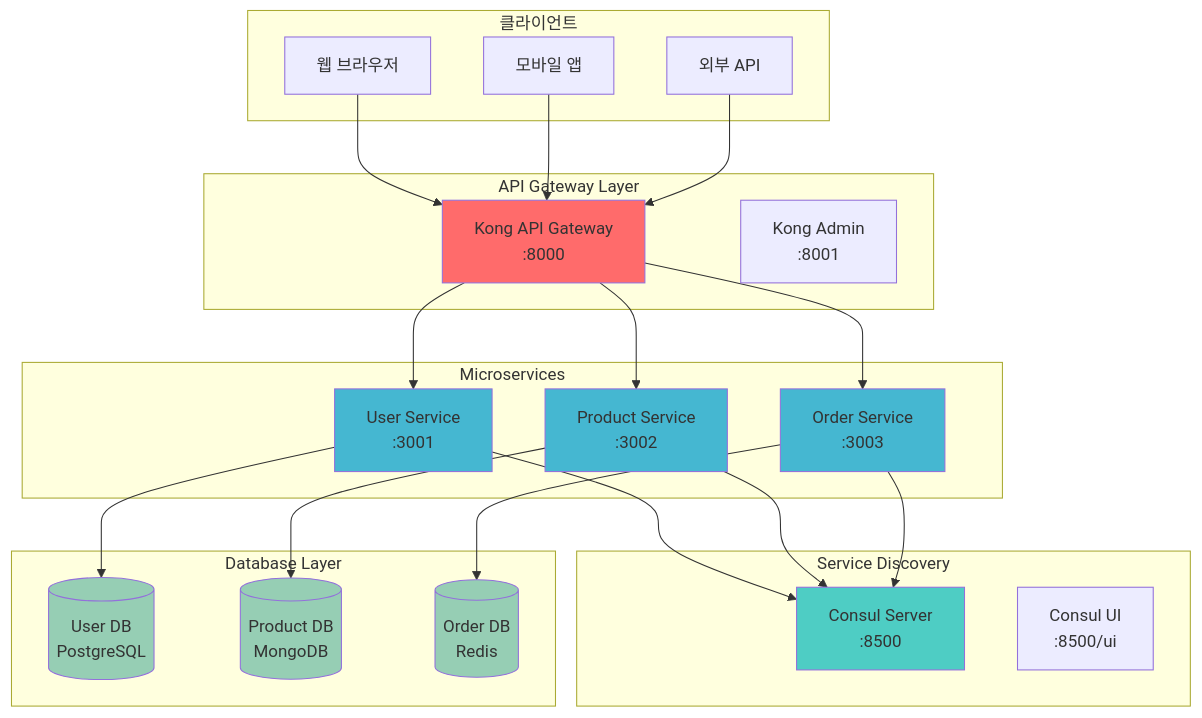
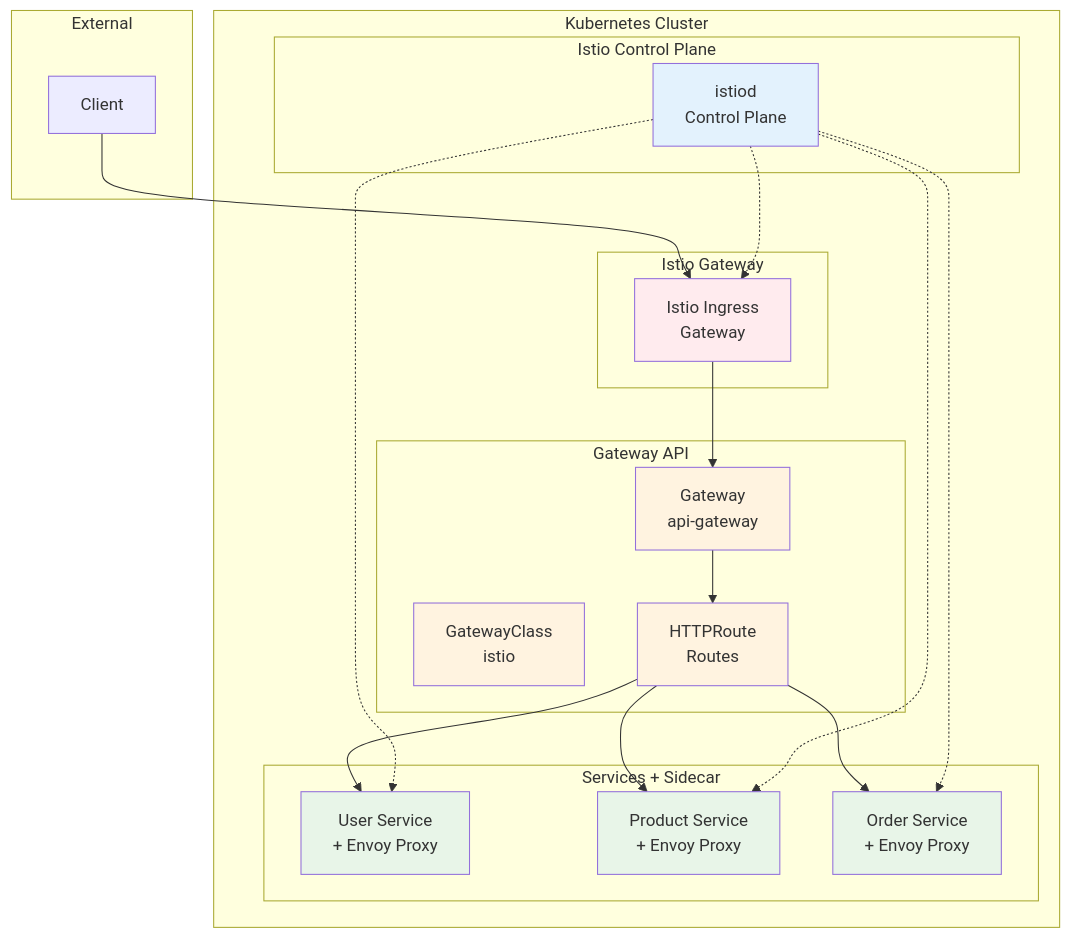
The diagram in theory/week_04/day2/lab_1.md (niceguy61/kdt_devops_lecture_2025), drawn with Mermaid before and after one commit. The commit also changed other lines of this file, not shown here.

````diff
--- a/theory/week_04/day2/lab_1.md
+++ b/theory/week_04/day2/lab_1.md
@@ -34,55 +37,49 @@
 ```mermaid
 graph TB
-    subgraph "클라이언트"
-        C1[웹 브라우저]
-        C2[모바일 앱]
-        C3[외부 API]
+    subgraph "External"
+        C[Client]
     end
     
-    subgraph "API Gateway Layer"
-        AG[Kong API Gateway<br/>:8000]
-        AM[Kong Admin<br/>:8001]
+    subgraph "Kubernetes Cluster"
+        subgraph "Istio Control Plane"
+            ISTIOD[istiod<br/>Control Plane]
+        end
+        
+        subgraph "Gateway API"
+            GC[GatewayClass<br/>istio]
+            GW[Gateway<br/>api-gateway]
+            HR[HTTPRoute<br/>Routes]
+        end
+        
+        subgraph "Istio Gateway"
+            IG[Istio Ingress<br/>Gateway]
+        end
+        
+        subgraph "Services + Sidecar"
+            US[User Service<br/>+ Envoy Proxy]
+            PS[Product Service<br/>+ Envoy Proxy]
+            OS[Order Service<br/>+ Envoy Proxy]
+        end
     end
     
-    subgraph "Service Discovery"
-        SD[Consul Server<br/>:8500]
-        UI[Consul UI<br/>:8500/ui]
-    end
+    C --> IG
+    IG --> GW
+    GW --> HR
+    HR --> US
+    HR --> PS
+    HR --> OS
     
-    subgraph "Microservices"
-        US[User Service<br/>:3001]
-        PS[Product Service<br/>:3002]
-        OS[Order Service<br/>:3003]
-    end
+    ISTIOD -.-> IG
+    ISTIOD -.-> US
+    ISTIOD -.-> PS
+    ISTIOD -.-> OS
     
-    subgraph "Database Layer"
-        DB1[(User DB<br/>PostgreSQL)]
-        DB2[(Product DB<br/>MongoDB)]
-        DB3[(Order DB<br/>Redis)]
-    end
-    
-    C1 --> AG
-    C2 --> AG
-    C3 --> AG
-    
-    AG --> US
-    AG --> PS
-    AG --> OS
-    
-    US --> SD
-    PS --> SD
-    OS --> SD
-    
-    US --> DB1
-    PS --> DB2
-    OS --> DB3
-    
-    style AG fill:#ff6b6b
-    style SD fill:#4ecdc4
-    style US fill:#45b7d1
-    style PS fill:#45b7d1
-    style OS fill:#45b7d1
-    style DB1 fill:#96ceb4
-    style DB2 fill:#96ceb4
-    style DB3 fill:#96ceb4
+    style ISTIOD fill:#e3f2fd
+    style GC fill:#fff3e0
+    style GW fill:#fff3e0
+    style HR fill:#fff3e0
+    style IG fill:#ffebee
+    style US fill:#e8f5e8
+    style PS fill:#e8f5e8
+    style OS fill:#e8f5e8
 ```
````
